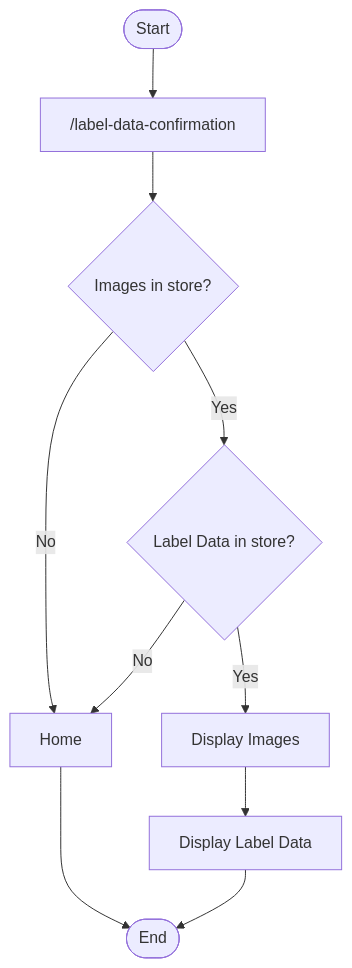
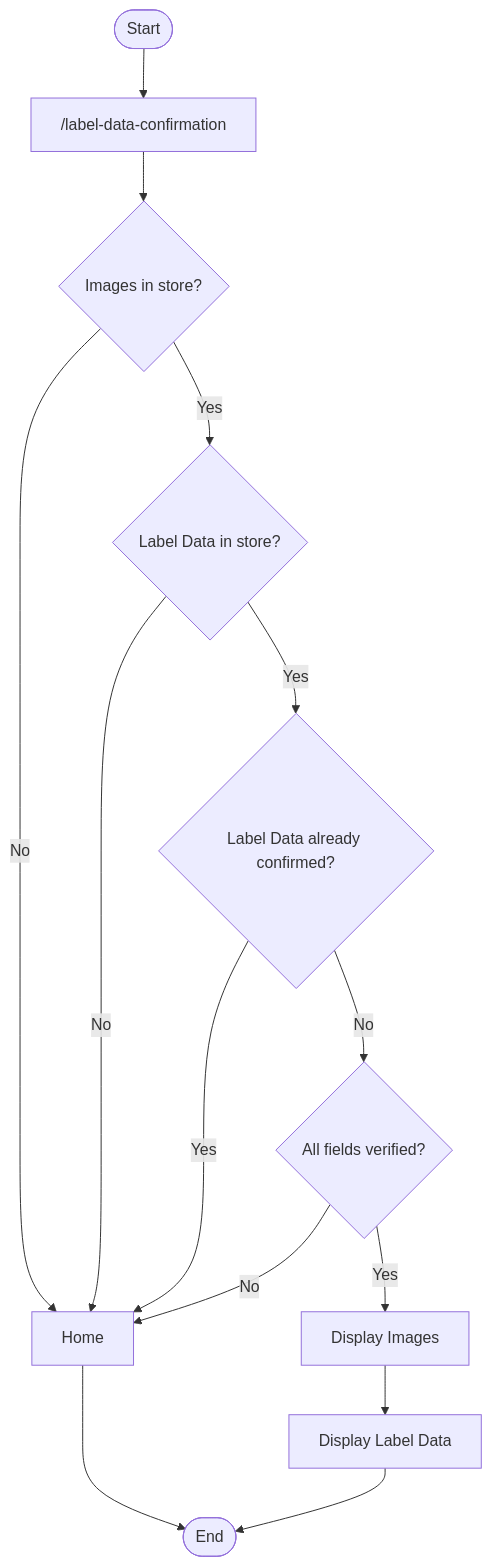
The first of 3 diagrams in docs/label-data-confirmation/flowchart.md (ai-cfia/fertiscan-frontend), drawn with Mermaid before and after one commit. The commit also changed other lines of this file and 2 other files, not shown here.

Commit message:
issue #202: confirmation page launch checks

````diff
--- a/docs/label-data-confirmation/flowchart.md
+++ b/docs/label-data-confirmation/flowchart.md
@@ -5,10 +5,14 @@
 ```mermaid
 flowchart TD
     Start([Start]) --> LabelDataConfirmation["/label-data-confirmation"]
     LabelDataConfirmation --> ImagesCheck{"Images in store?"}
     ImagesCheck -->|No| HomePage[Home]
     ImagesCheck -->|Yes| LabelDataCheck{"Label Data in store?"}
     LabelDataCheck -->|No| HomePage
-    LabelDataCheck -->|Yes| DisplayImages["Display Images"] --> DisplayLabelData["Display Label Data"] --> End([End])
+    LabelDataCheck -->|Yes| LabelDataConfirmed{"Label Data already confirmed?"}
+    LabelDataConfirmed -->|Yes| HomePage
+    LabelDataConfirmed -->|No| FieldsVerified{"All fields verified?"}
+    FieldsVerified -->|No| HomePage
+    FieldsVerified -->|Yes| DisplayImages["Display Images"] --> DisplayLabelData["Display Label Data"] --> End([End])
     HomePage --> End
 ```
````
